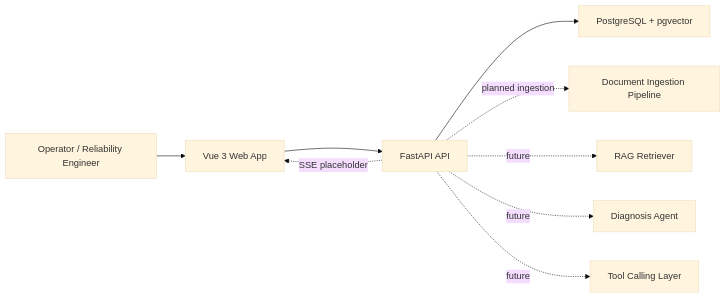
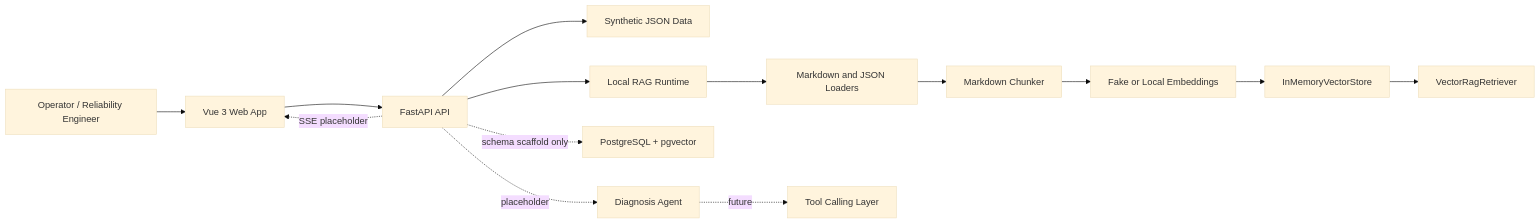
Before and after one commit to panzhao12/Industrial-AI: the first of 2 diagrams in docs/ARCHITECTURE.md, drawn with Mermaid (base theme). The commit also changed other lines of this file and 15 other files, not shown here.

````diff
--- a/docs/ARCHITECTURE.md
+++ b/docs/ARCHITECTURE.md
@@ -5,11 +5,16 @@
 ```mermaid
 flowchart LR
     operator["Operator / Reliability Engineer"] --> web["Vue 3 Web App"]
     web --> api["FastAPI API"]
-    api --> postgres["PostgreSQL + pgvector"]
-    api -. "planned ingestion" .-> ingest["Document Ingestion Pipeline"]
-    api -. "future" .-> retriever["RAG Retriever"]
-    api -. "future" .-> agent["Diagnosis Agent"]
-    api -. "future" .-> tools["Tool Calling Layer"]
+    api --> fixtures["Synthetic JSON Data"]
+    api --> rag["Local RAG Runtime"]
+    rag --> loaders["Markdown and JSON Loaders"]
+    loaders --> chunker["Markdown Chunker"]
+    chunker --> embeddings["Fake or Local Embeddings"]
+    embeddings --> memory["InMemoryVectorStore"]
+    memory --> retriever["VectorRagRetriever"]
+    api -. "schema scaffold only" .-> postgres["PostgreSQL + pgvector"]
+    api -. "placeholder" .-> agent["Diagnosis Agent"]
+    agent -. "future" .-> tools["Tool Calling Layer"]
     api -. "SSE placeholder" .-> web
 ```
````
